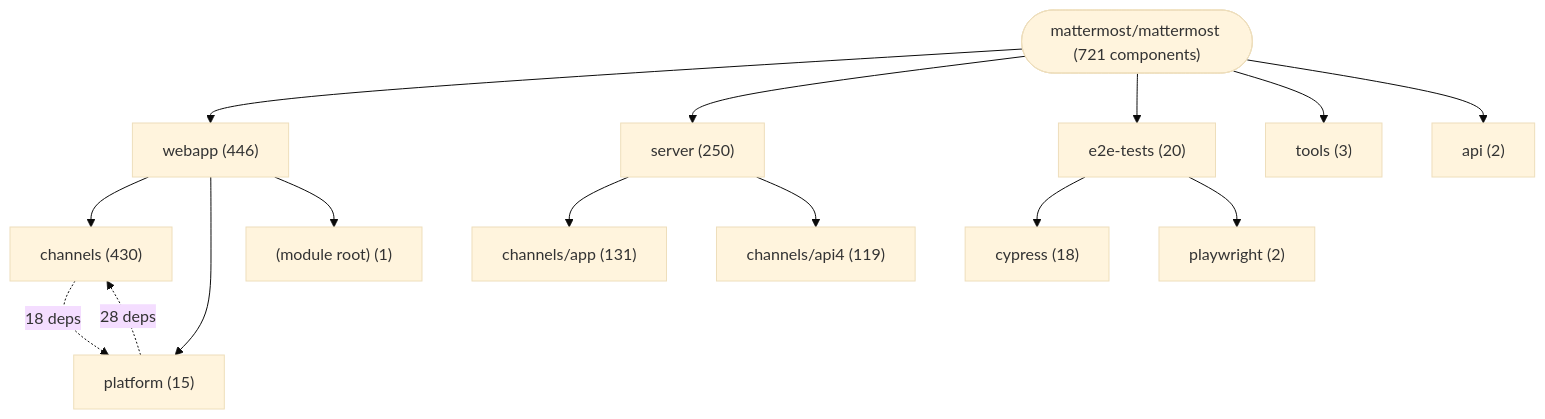
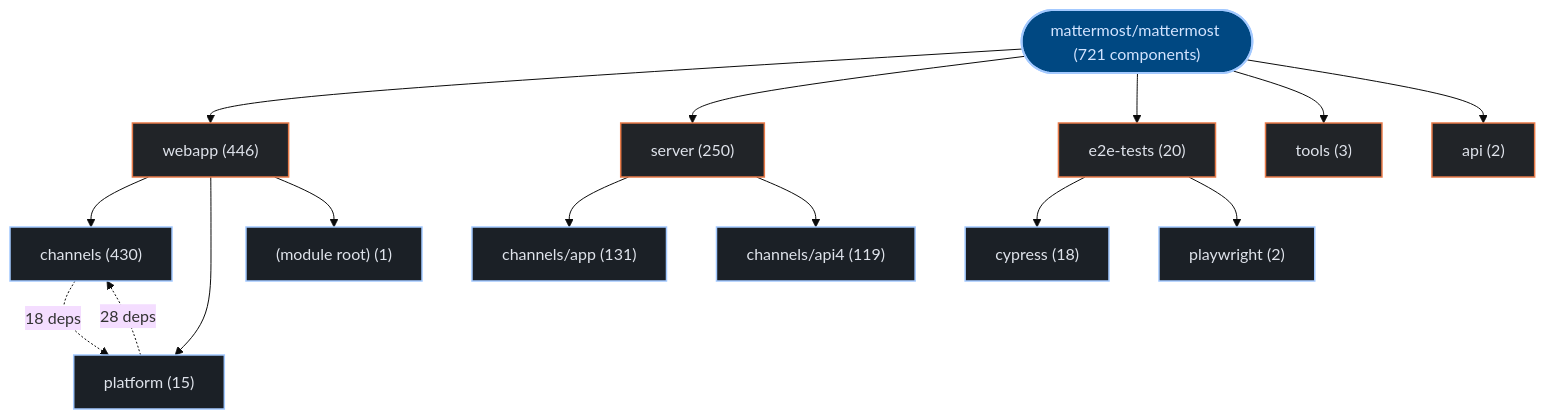
Before and after one commit to kumarshaz/atruss-code-atlas: the first of 3 diagrams in exports/latest/reports/mattermost-mattermost-report.md, drawn with Mermaid (base theme). The commit also changed other lines of this file and 331 other files, not shown here.

Commit message:
docs,ui,fix: update SDLC docs, reorder CI/CD DAG first, stylize Mermaid, and fix Arc42 pipeline topology

````diff
--- a/exports/latest/reports/mattermost-mattermost-report.md
+++ b/exports/latest/reports/mattermost-mattermost-report.md
@@ -42,30 +42,37 @@
 ```mermaid
 graph TD;
-    repo_root(["mattermost/mattermost (721 components)"])
-    dir_0_webapp["webapp (446)"]
+  classDef atlasRoot fill:#004882,stroke:#a3c9ff,stroke-width:2px,color:#d3e4ff
+  classDef atlasCategory fill:#212428,stroke:#E87A48,stroke-width:1.5px,color:#dfe3eb
+  classDef atlasWorkflow fill:#1b2026,stroke:#a3c9ff,stroke-width:1.5px,color:#dfe3eb
+  classDef atlasJob fill:#171c22,stroke:#8d9199,stroke-width:1px,color:#dfe3eb
+  classDef atlasTarget fill:#005227,stroke:#8bd99b,stroke-width:1.5px,color:#a7f6b6
+  classDef atlasAlert fill:#93000a,stroke:#ffb4ab,stroke-width:1.5px,color:#ffdad6
+  classDef atlasMore fill:#252a31,stroke:#8d9199,stroke-dasharray:4 4,color:#c3c6cf
+    repo_root(["mattermost/mattermost (721 components)"]):::atlasRoot
+    dir_0_webapp["webapp (446)"]:::atlasCategory
     repo_root --> dir_0_webapp
-    sub_0_0_channels["channels (430)"]
+    sub_0_0_channels["channels (430)"]:::atlasWorkflow
     dir_0_webapp --> sub_0_0_channels
-    sub_0_1_platform["platform (15)"]
+    sub_0_1_platform["platform (15)"]:::atlasWorkflow
     dir_0_webapp --> sub_0_1_platform
-    sub_0_2__module_root_["(module root) (1)"]
+    sub_0_2__module_root_["(module root) (1)"]:::atlasWorkflow
     dir_0_webapp --> sub_0_2__module_root_
-    dir_1_server["server (250)"]
+    dir_1_server["server (250)"]:::atlasCategory
     repo_root --> dir_1_server
-    sub_1_0_channels_app["channels/app (131)"]
+    sub_1_0_channels_app["channels/app (131)"]:::atlasWorkflow
     dir_1_server --> sub_1_0_channels_app
-    sub_1_1_channels_api4["channels/api4 (119)"]
+    sub_1_1_channels_api4["channels/api4 (119)"]:::atlasWorkflow
     dir_1_server --> sub_1_1_channels_api4
-    dir_2_e2e_tests["e2e-tests (20)"]
+    dir_2_e2e_tests["e2e-tests (20)"]:::atlasCategory
     repo_root --> dir_2_e2e_tests
-    sub_2_0_cypress["cypress (18)"]
+    sub_2_0_cypress["cypress (18)"]:::atlasWorkflow
     dir_2_e2e_tests --> sub_2_0_cypress
-    sub_2_1_playwright["playwright (2)"]
+    sub_2_1_playwright["playwright (2)"]:::atlasWorkflow
     dir_2_e2e_tests --> sub_2_1_playwright
-    dir_3_tools["tools (3)"]
+    dir_3_tools["tools (3)"]:::atlasCategory
     repo_root --> dir_3_tools
-    dir_4_api["api (2)"]
+    dir_4_api["api (2)"]:::atlasCategory
     repo_root --> dir_4_api
     sub_0_1_platform -.->|"28 deps"| sub_0_0_channels
     sub_0_0_channels -.->|"18 deps"| sub_0_1_platform
 ```
````
